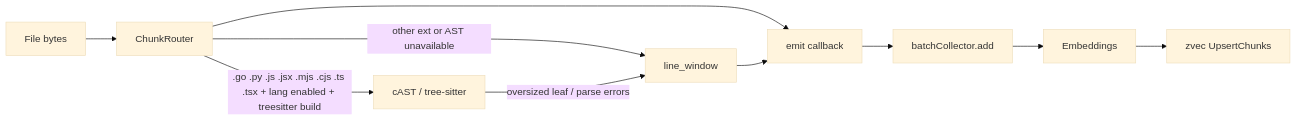
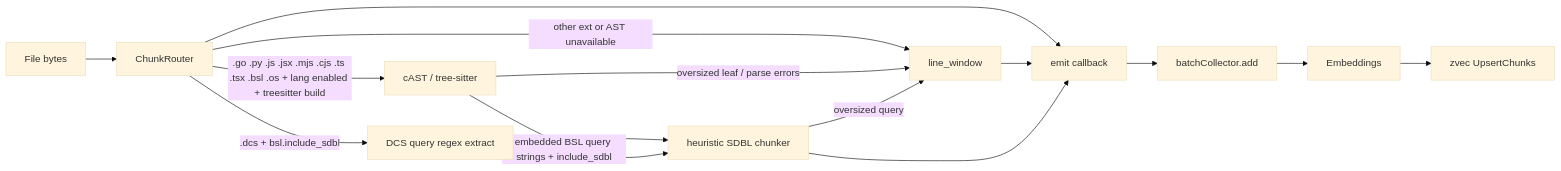
The second of 2 diagrams in docs/ARCHITECTURE.md (1CSerg/mcp-semantic-search-zvec-go), drawn with Mermaid (base theme) before and after one commit. The commit also changed other lines of this file and 37 other files, not shown here.

First line of the commit message:
Phase 1d: AST-chunking для BSL/SDBL (1С:Предприятие).

````diff
--- a/docs/ARCHITECTURE.md
+++ b/docs/ARCHITECTURE.md
@@ -138,12 +138,17 @@
 ```mermaid
 flowchart LR
   File[File bytes] --> Router[ChunkRouter]
-  Router -->|".go .py .js .jsx .mjs .cjs .ts .tsx" + lang enabled + treesitter build| AST[cAST / tree-sitter]
+  Router -->|".go .py .js .jsx .mjs .cjs .ts .tsx .bsl .os" + lang enabled + treesitter build| AST[cAST / tree-sitter]
+  Router -->|".dcs" + bsl.include_sdbl| DCS[DCS query regex extract]
+  DCS --> SDBL[heuristic SDBL chunker]
   Router -->|other ext or AST unavailable| LW[line_window]
+  AST -->|embedded BSL query strings + include_sdbl| SDBL
   AST -->|oversized leaf / parse errors| LW
+  SDBL -->|oversized query| LW
   Router --> Emit[emit callback]
   LW --> Emit
+  SDBL --> Emit
   Emit --> Batch[batchCollector.add]
   Batch --> Emb[Embeddings]
   Emb --> Zvec[zvec UpsertChunks]
 ```
````
